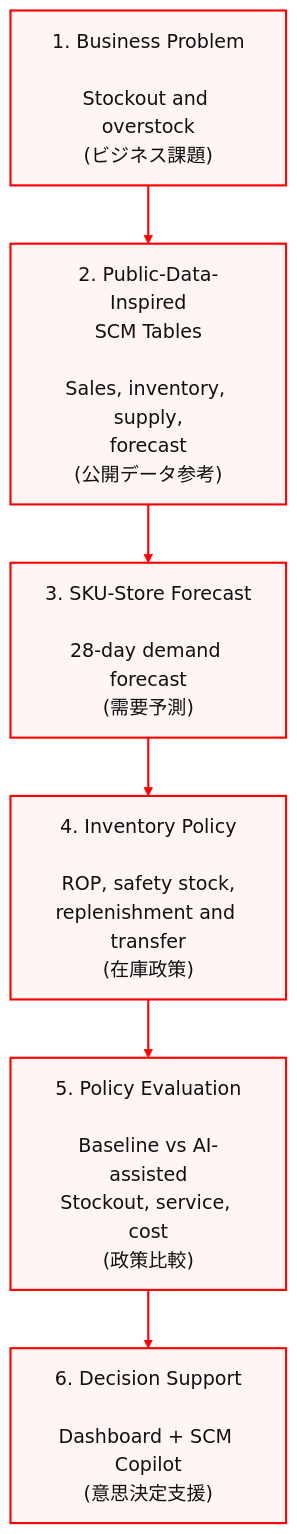
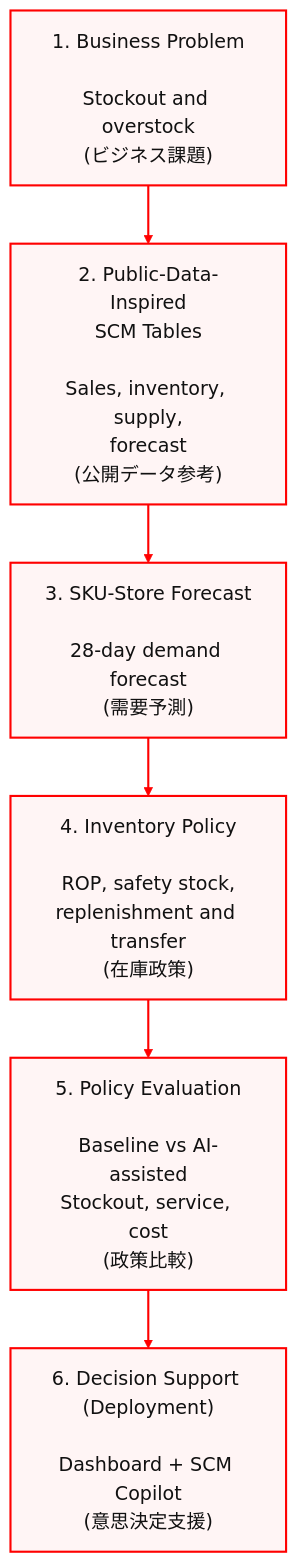
The diagram in README.md (Lee2379/scm-ai-analytics-business), drawn with Mermaid before and after one commit.

Commit message:
Label decision support as deployment

````diff
--- a/README.md
+++ b/README.md
@@ -51,16 +51,16 @@
 ```mermaid
 %%{init: {"theme":"base","flowchart":{"curve":"linear","htmlLabels":true,"nodeSpacing":45,"rankSpacing":55},"themeVariables":{"fontFamily":"Arial, sans-serif","fontSize":"18px","primaryTextColor":"#111111","lineColor":"#ff0000"}}}%%
 flowchart TD
     A["1. Business Problem<br/><br/>Stockout and overstock<br/>(ビジネス課題)"]
     B["2. Public-Data-Inspired<br/>SCM Tables<br/><br/>Sales, inventory, supply,<br/>forecast<br/>(公開データ参考)"]
     C["3. SKU-Store Forecast<br/><br/>28-day demand forecast<br/>(需要予測)"]
     D["4. Inventory Policy<br/><br/>ROP, safety stock,<br/>replenishment and transfer<br/>(在庫政策)"]
     E["5. Policy Evaluation<br/><br/>Baseline vs AI-assisted<br/>Stockout, service, cost<br/>(政策比較)"]
-    F["6. Decision Support<br/><br/>Dashboard + SCM Copilot<br/>(意思決定支援)"]
+    F["6. Decision Support (Deployment)<br/><br/>Dashboard + SCM Copilot<br/>(意思決定支援)"]
 
     A --> B --> C --> D --> E --> F
 
     classDef workflow fill:#fff5f5,stroke:#ff0000,stroke-width:2px,color:#111111;
     class A,B,C,D,E,F workflow;
     linkStyle default stroke:#ff0000,stroke-width:2px;
 ```
````
